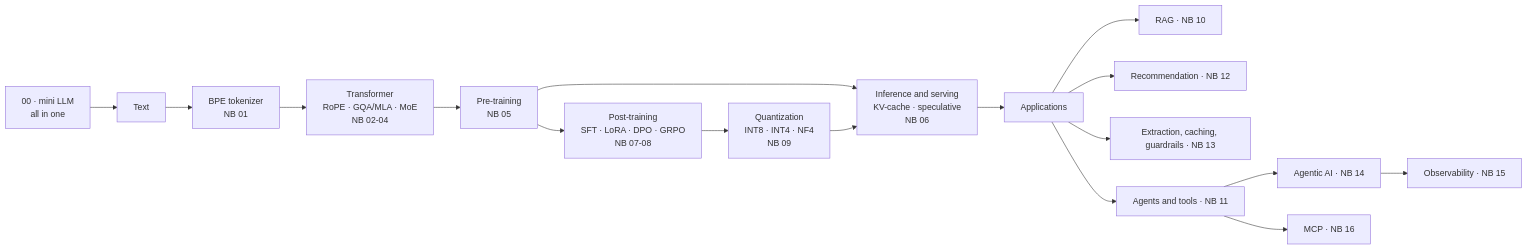
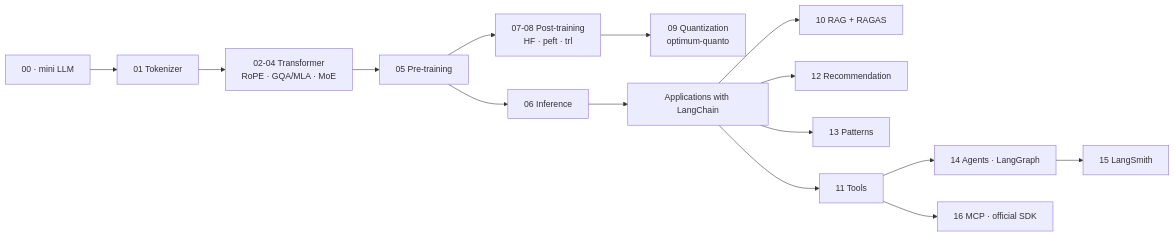
The diagram in docs/en/README.md (ZoodiacR/llm-edu-suite), drawn with Mermaid before and after one commit. The commit also changed other lines of this file and 30 other files, not shown here.

````diff
--- a/docs/en/README.md
+++ b/docs/en/README.md
@@ -32,19 +35,17 @@
 ```mermaid
 flowchart LR
-    Z[00 · mini LLM<br/>all in one] --> A
-    A[Text] --> B[BPE tokenizer<br/>NB 01]
-    B --> C[Transformer<br/>RoPE · GQA/MLA · MoE<br/>NB 02-04]
-    C --> D[Pre-training<br/>NB 05]
-    D --> E[Inference and serving<br/>KV-cache · speculative<br/>NB 06]
-    D --> F[Post-training<br/>SFT · LoRA · DPO · GRPO<br/>NB 07-08]
-    F --> G[Quantization<br/>INT8 · INT4 · NF4<br/>NB 09]
-    G --> E
-    E --> H[Applications]
-    H --> I[RAG · NB 10]
-    H --> K[Recommendation · NB 12]
-    H --> L[Extraction, caching, guardrails · NB 13]
-    H --> J[Agents and tools · NB 11]
-    J --> M[Agentic AI · NB 14]
-    J --> N[MCP · NB 16]
-    M --> O[Observability · NB 15]
+    Z[00 · mini LLM] --> B[01 Tokenizer]
+    B --> C[02-04 Transformer<br/>RoPE · GQA/MLA · MoE]
+    C --> D[05 Pre-training]
+    D --> E[06 Inference]
+    D --> F["07-08 Post-training<br/>HF · peft · trl"]
+    F --> G["09 Quantization<br/>optimum-quanto"]
+    E --> H[Applications with LangChain]
+    H --> I["10 RAG + RAGAS"]
+    H --> K[12 Recommendation]
+    H --> L[13 Patterns]
+    H --> J[11 Tools]
+    J --> M["14 Agents · LangGraph"]
+    J --> N["16 MCP · official SDK"]
+    M --> O["15 LangSmith"]
 ```
````
